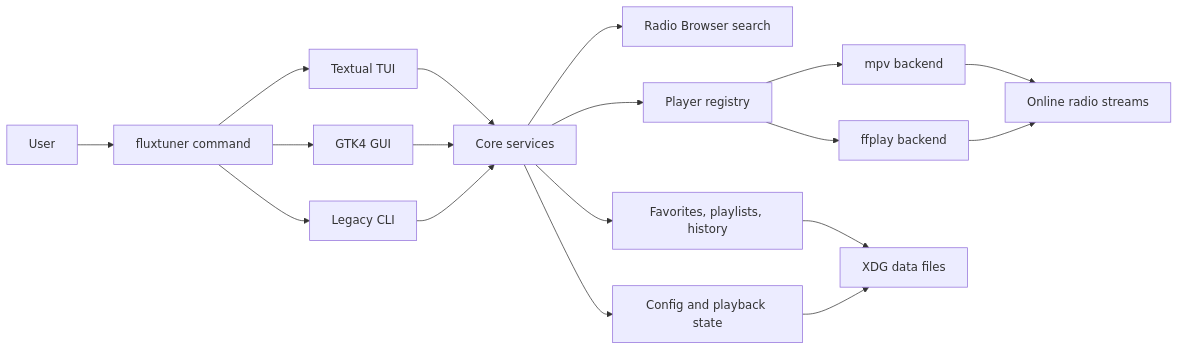
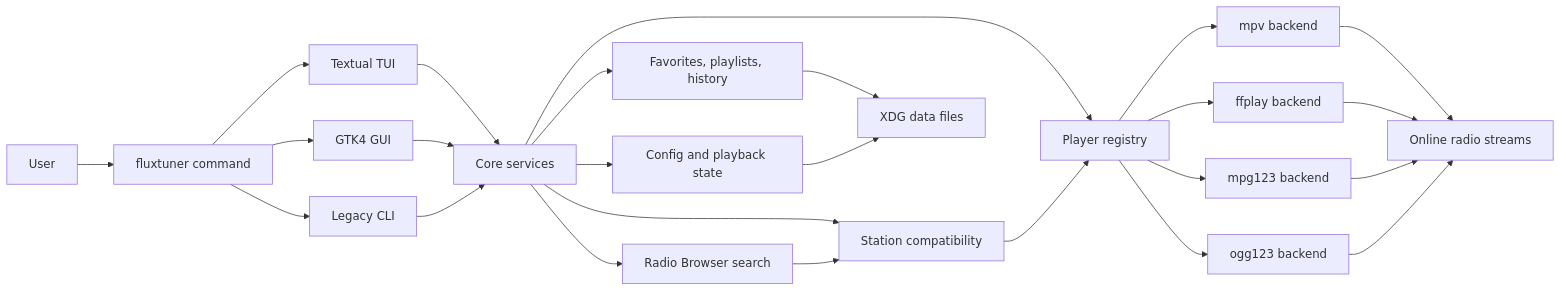
Before and after one commit to pitill0/fluxtuner: the diagram in README.md, drawn with Mermaid. The commit also changed other lines of this file and 2 other files, not shown here.

Commit message:
Document specialized player backends

````diff
--- a/README.md
+++ b/README.md
@@ -123,24 +123,32 @@
 ```mermaid
 flowchart LR
     User["User"] --> Entry["fluxtuner command"]
     Entry --> TUI["Textual TUI"]
     Entry --> GUI["GTK4 GUI"]
     Entry --> CLI["Legacy CLI"]
 
     TUI --> Services["Core services"]
     GUI --> Services
     CLI --> Services
 
     Services --> Search["Radio Browser search"]
+    Services --> Compatibility["Station compatibility"]
     Services --> Library["Favorites, playlists, history"]
     Services --> Config["Config and playback state"]
     Services --> PlayerRegistry["Player registry"]
 
+    Search --> Compatibility
+    Compatibility --> PlayerRegistry
+
     PlayerRegistry --> MPV["mpv backend"]
     PlayerRegistry --> FFPLAY["ffplay backend"]
+    PlayerRegistry --> MPG123["mpg123 backend"]
+    PlayerRegistry --> OGG123["ogg123 backend"]
     MPV --> Streams["Online radio streams"]
     FFPLAY --> Streams
+    MPG123 --> Streams
+    OGG123 --> Streams
 
     Library --> Storage["XDG data files"]
     Config --> Storage
 ```
````
